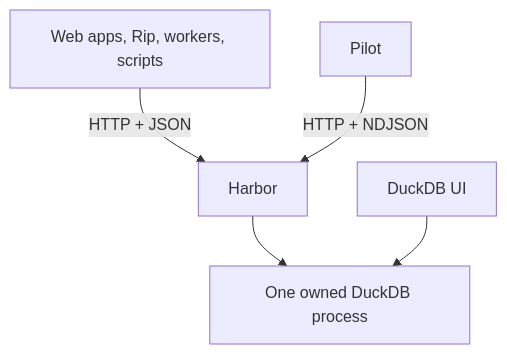
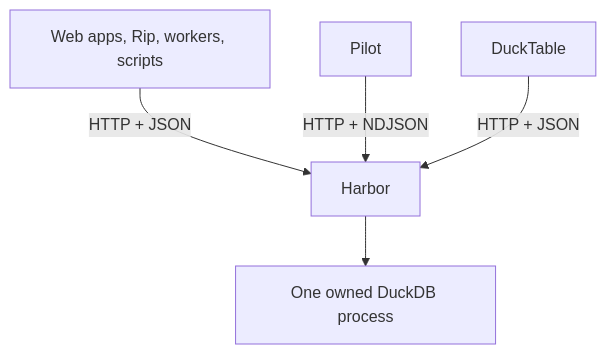
The diagram in SALES-PITCH.md (shreeve/duckdb-harbor), drawn with Mermaid before and after one commit. The commit also changed other lines of this file and 13 other files, not shown here.

````diff
--- a/SALES-PITCH.md
+++ b/SALES-PITCH.md
@@ -55,7 +55,7 @@
 ```mermaid
 flowchart TD
     A["Web apps, Rip, workers, scripts"] -->|"HTTP + JSON"| H["Harbor"]
     P["Pilot"] -->|"HTTP + NDJSON"| H
     H --> D["One owned DuckDB process"]
-    U["DuckDB UI"] --> D
+    U["DuckTable"] -->|"HTTP + JSON"| H
 ```
````
